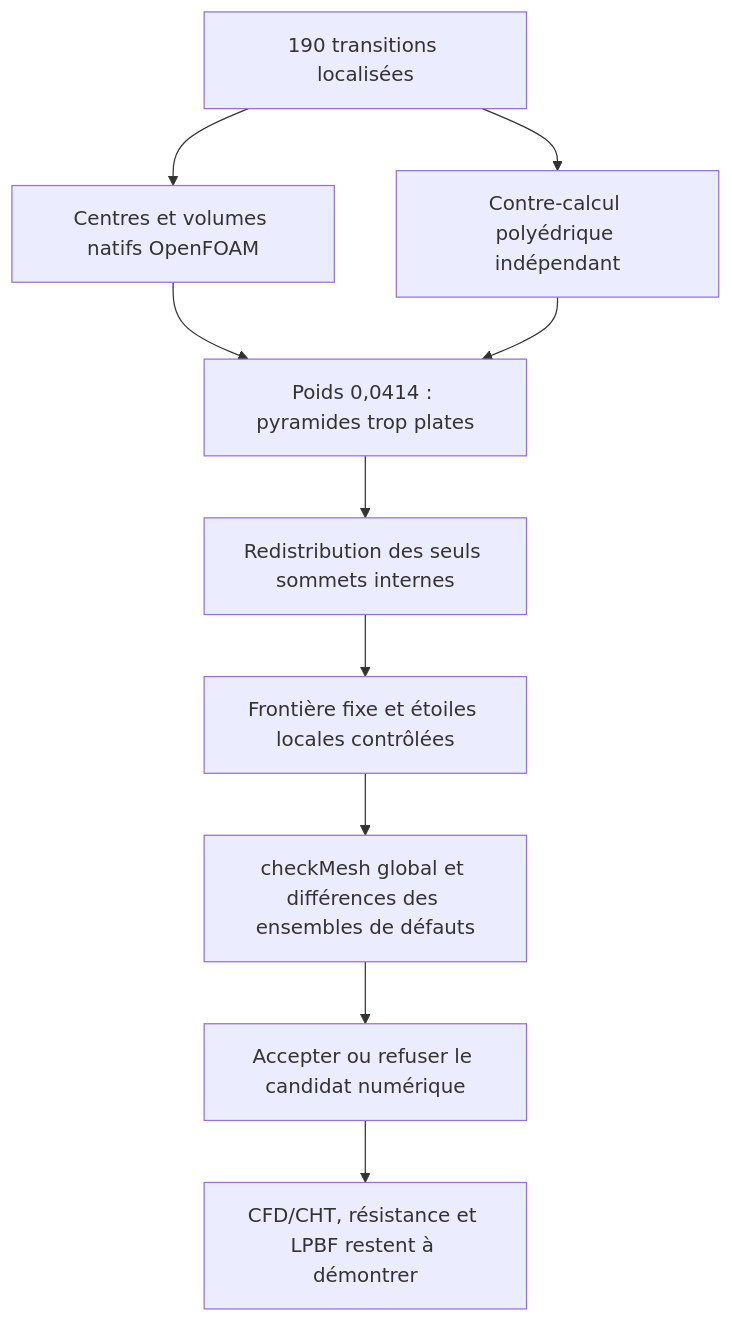
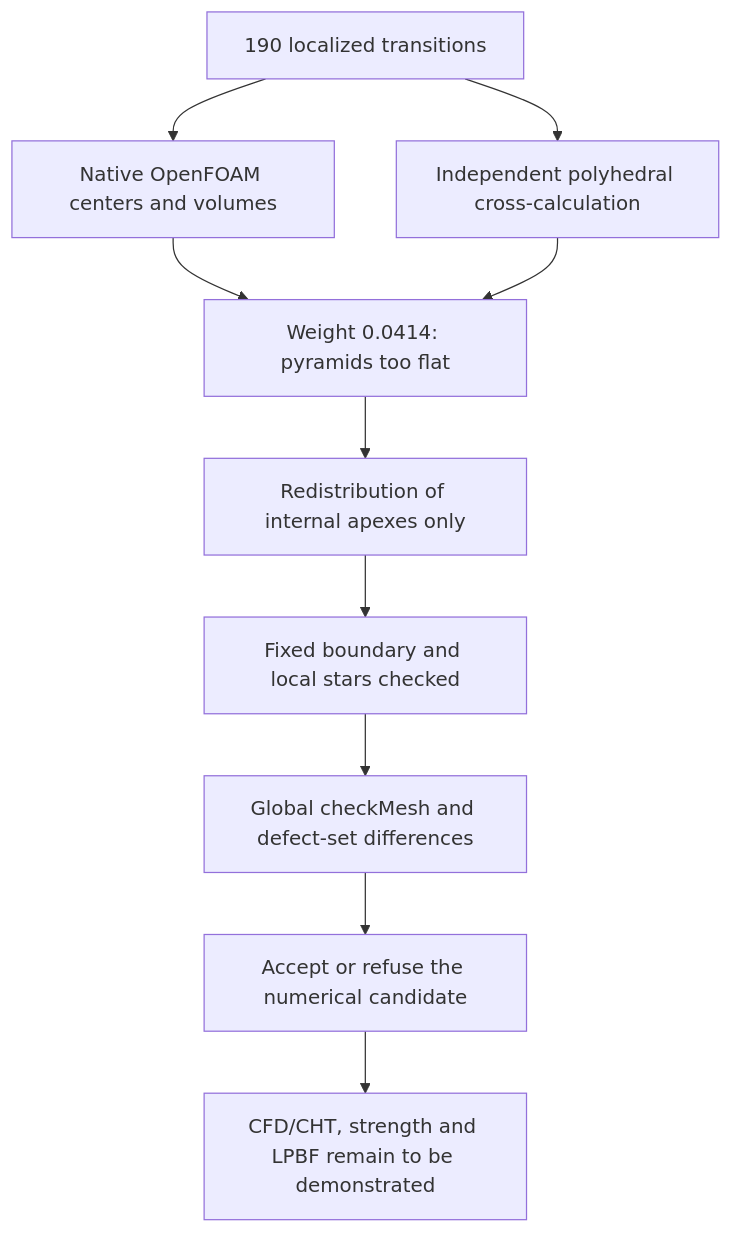
Before and after one commit to cluster2600/porscheparts: the diagram in docs/reports/M64_APEX_TRANSITIONS_20260909.md, drawn with Mermaid. The commit also changed other lines of this file and 228 other files, not shown here.

````diff
--- a/docs/reports/M64_APEX_TRANSITIONS_20260909.md
+++ b/docs/reports/M64_APEX_TRANSITIONS_20260909.md
@@ -133,12 +135,12 @@
 ```mermaid
 flowchart TD
-    A["190 transitions localisées"] --> B["Centres et volumes natifs OpenFOAM"]
-    A --> C["Contre-calcul polyédrique indépendant"]
-    B --> D["Poids 0,0414 : pyramides trop plates"]
+    A["190 localized transitions"] --> B["Native OpenFOAM centers and volumes"]
+    A --> C["Independent polyhedral cross-calculation"]
+    B --> D["Weight 0.0414: pyramids too flat"]
     C --> D
-    D --> E["Redistribution des seuls sommets internes"]
-    E --> F["Frontière fixe et étoiles locales contrôlées"]
-    F --> G["checkMesh global et différences des ensembles de défauts"]
-    G --> H["Accepter ou refuser le candidat numérique"]
-    H --> I["CFD/CHT, résistance et LPBF restent à démontrer"]
+    D --> E["Redistribution of internal apexes only"]
+    E --> F["Fixed boundary and local stars checked"]
+    F --> G["Global checkMesh and defect-set differences"]
+    G --> H["Accept or refuse the numerical candidate"]
+    H --> I["CFD/CHT, strength and LPBF remain to be demonstrated"]
 ```
````
